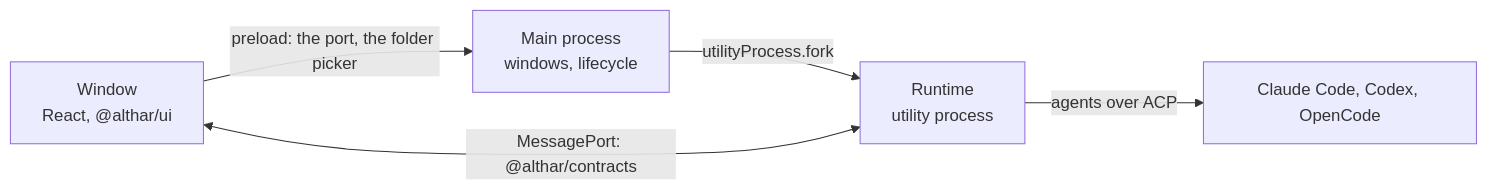
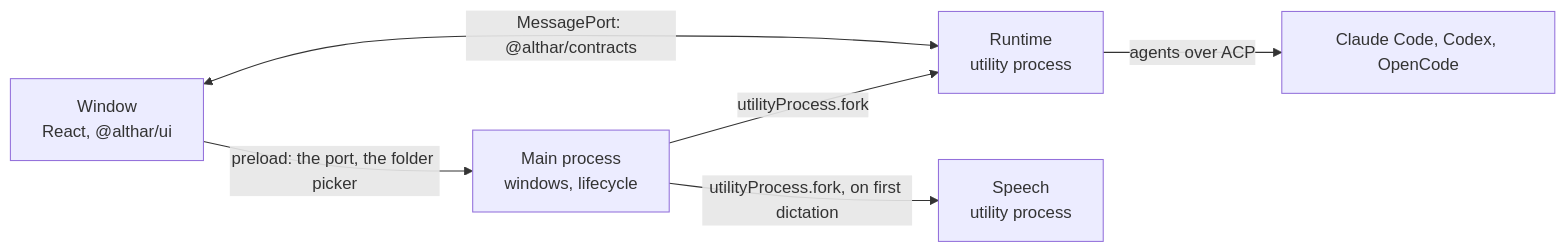
Before and after one commit to AltharIDE/althar: the diagram in apps/desktop/ARCHITECTURE.md, drawn with Mermaid. The commit also changed other lines of this file and 56 other files, not shown here.

````diff
--- a/apps/desktop/ARCHITECTURE.md
+++ b/apps/desktop/ARCHITECTURE.md
@@ -11,7 +11,8 @@
 ```mermaid
 flowchart LR
     Window["Window<br/>React, @althar/ui"] -->|"preload: the port, the folder picker"| Main["Main process<br/>windows, lifecycle"]
     Main -->|"utilityProcess.fork"| Runtime["Runtime<br/>utility process"]
     Window <-->|"MessagePort: @althar/contracts"| Runtime
     Runtime -->|"agents over ACP"| Agents["Claude Code, Codex, OpenCode"]
+    Main -->|"utilityProcess.fork, on first dictation"| Speech["Speech<br/>utility process"]
 ```
````
